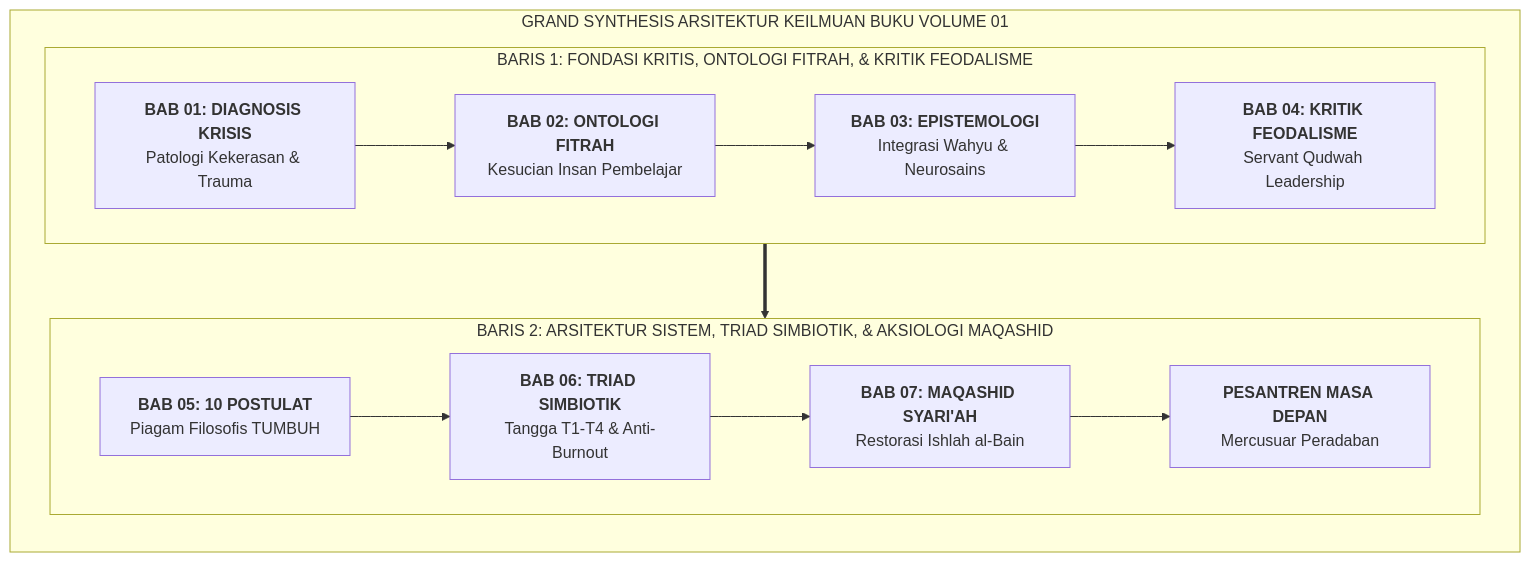
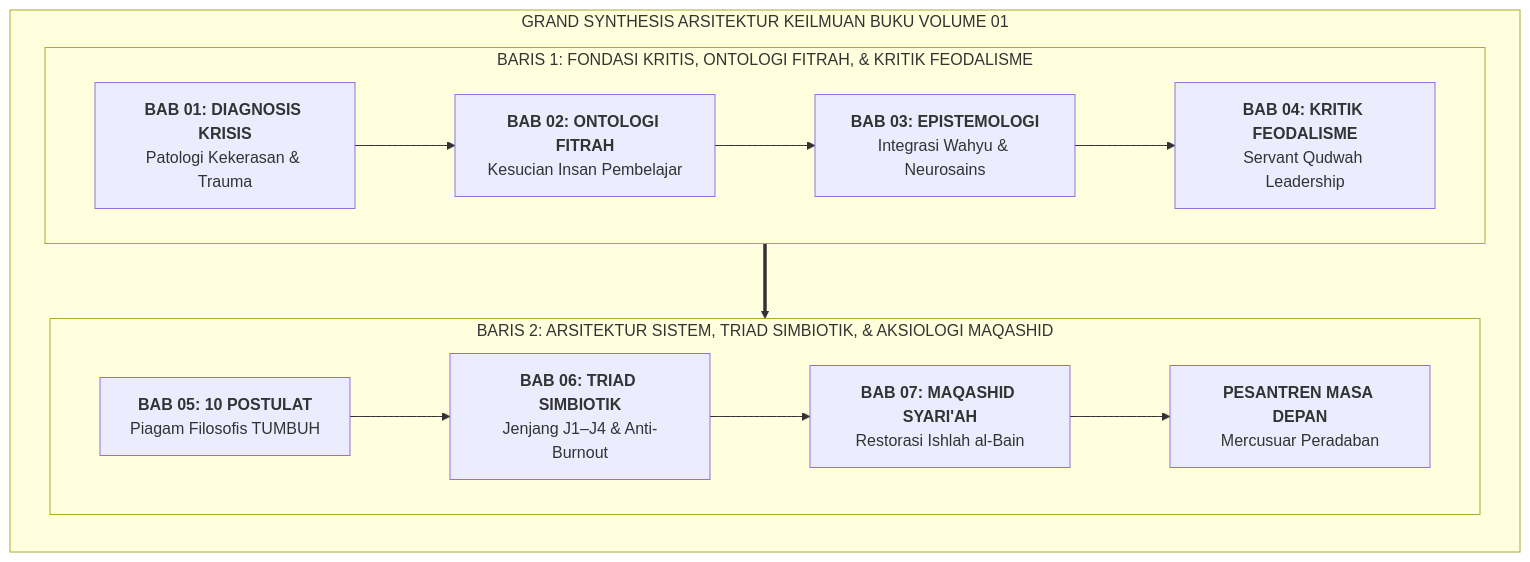
The first of 2 diagrams in BOOK-SERIES/Volume-01/Bab-07-Aksiologi-dan-Maqashid-Syariah-Pengasuhan/05-Epilog-Pesantren-Masa-Depan-Mercusuar-Peradaban.md (wandiapriliyandi/tumbuh), drawn with Mermaid before and after one commit. The commit also changed 209 other files, not shown here.

````diff
--- a/BOOK-SERIES/Volume-01/Bab-07-Aksiologi-dan-Maqashid-Syariah-Pengasuhan/05-Epilog-Pesantren-Masa-Depan-Mercusuar-Peradaban.md
+++ b/BOOK-SERIES/Volume-01/Bab-07-Aksiologi-dan-Maqashid-Syariah-Pengasuhan/05-Epilog-Pesantren-Masa-Depan-Mercusuar-Peradaban.md
@@ -16,22 +16,22 @@
 ```mermaid
 graph TD
     subgraph GrandSynthesis["GRAND SYNTHESIS ARSITEKTUR KEILMUAN BUKU VOLUME 01"]
         direction TB
         
         subgraph Baris1["BARIS 1: FONDASI KRITIS, ONTOLOGI FITRAH, & KRITIK FEODALISME"]
             direction LR
             B1["<b>BAB 01: DIAGNOSIS KRISIS</b><br/>Patologi Kekerasan & Trauma"] --> B2["<b>BAB 02: ONTOLOGI FITRAH</b><br/>Kesucian Insan Pembelajar"]
             B2 --> B3["<b>BAB 03: EPISTEMOLOGI</b><br/>Integrasi Wahyu & Neurosains"]
             B3 --> B4["<b>BAB 04: KRITIK FEODALISME</b><br/>Servant Qudwah Leadership"]
         end
 
         subgraph Baris2["BARIS 2: ARSITEKTUR SISTEM, TRIAD SIMBIOTIK, & AKSIOLOGI MAQASHID"]
             direction LR
-            B5["<b>BAB 05: 10 POSTULAT</b><br/>Piagam Filosofis TUMBUH"] --> B6["<b>BAB 06: TRIAD SIMBIOTIK</b><br/>Tangga T1-T4 & Anti-Burnout"]
+            B5["<b>BAB 05: 10 POSTULAT</b><br/>Piagam Filosofis TUMBUH"] --> B6["<b>BAB 06: TRIAD SIMBIOTIK</b><br/>Jenjang J1–J4 & Anti-Burnout"]
             B6 --> B7["<b>BAB 07: MAQASHID SYARI'AH</b><br/>Restorasi Ishlah al-Bain"]
             B7 --> Goal["<b>PESANTREN MASA DEPAN</b><br/>Mercusuar Peradaban"]
         end
 
         Baris1 ==> Baris2
     end
 ```
````
